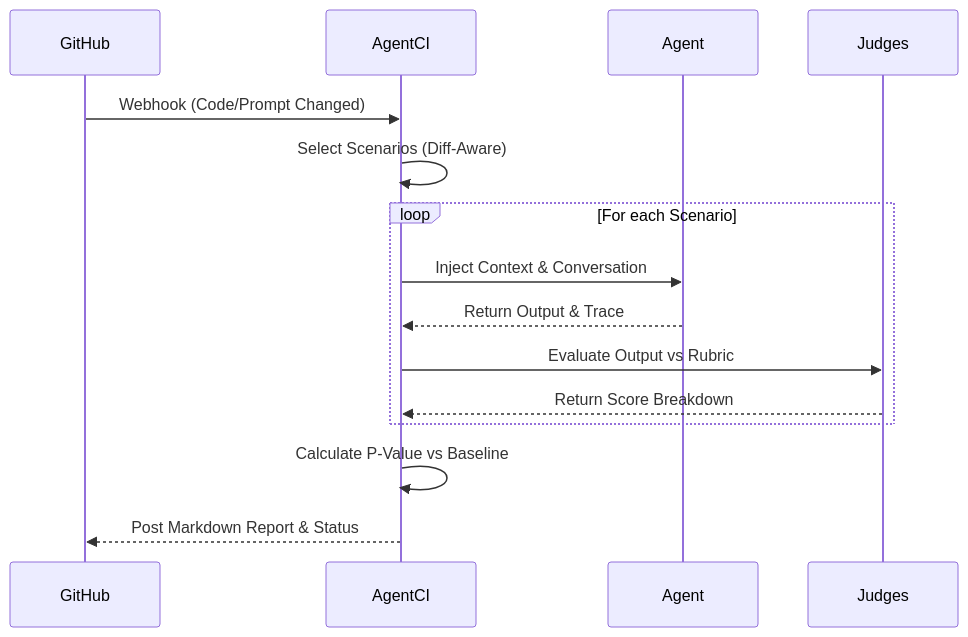
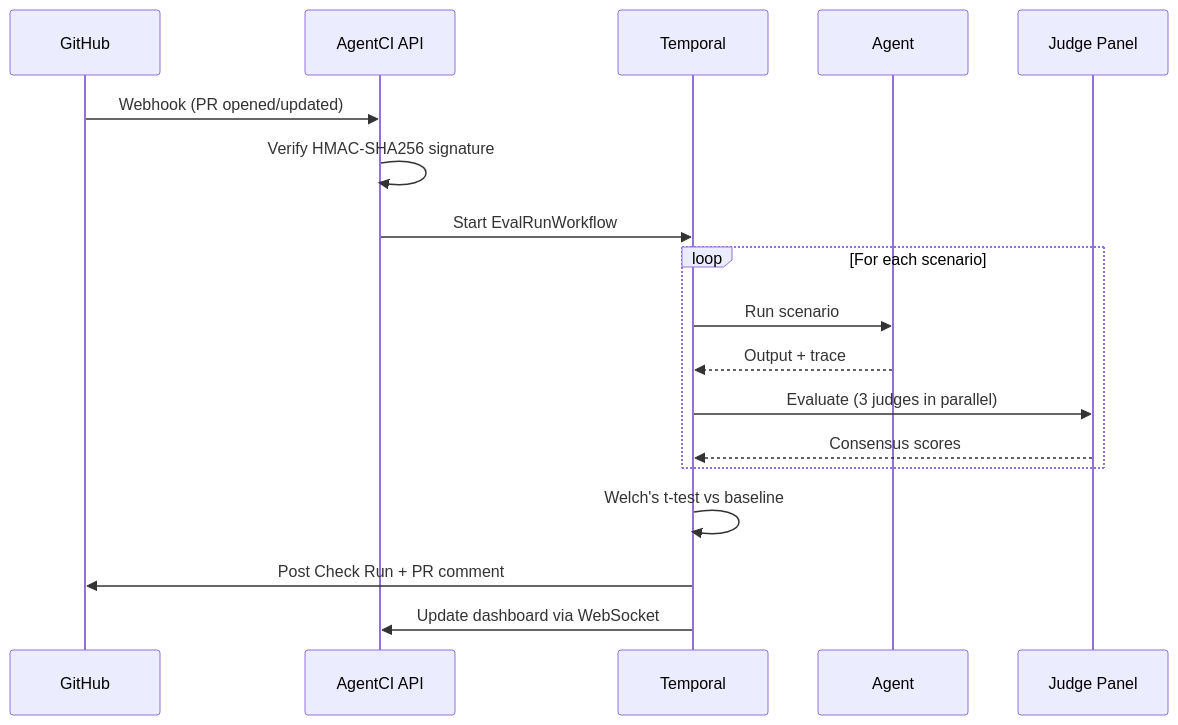
One commit to aaditya8979/AgentCI changed the second of 2 diagrams in README.md. Above: the diagram before and after it, drawn with Mermaid. The commit also changed other lines of this file and 21 other files, not shown here.

````diff
--- a/README.md
+++ b/README.md
@@ -71,18 +147,23 @@
 ```mermaid
 sequenceDiagram
     participant GitHub
-    participant AgentCI
+    participant AgentCI API
+    participant Temporal
     participant Agent
-    participant Judges
-    
-    GitHub->>AgentCI: Webhook (Code/Prompt Changed)
-    AgentCI->>AgentCI: Select Scenarios (Diff-Aware)
-    loop For each Scenario
-        AgentCI->>Agent: Inject Context & Conversation
-        Agent-->>AgentCI: Return Output & Trace
-        AgentCI->>Judges: Evaluate Output vs Rubric
-        Judges-->>AgentCI: Return Score Breakdown
+    participant Judge Panel
+
+    GitHub->>AgentCI API: Webhook (PR opened/updated)
+    AgentCI API->>AgentCI API: Verify HMAC-SHA256 signature
+    AgentCI API->>Temporal: Start EvalRunWorkflow
+
+    loop For each scenario
+        Temporal->>Agent: Run scenario
+        Agent-->>Temporal: Output + trace
+        Temporal->>Judge Panel: Evaluate (3 judges in parallel)
+        Judge Panel-->>Temporal: Consensus scores
     end
-    AgentCI->>AgentCI: Calculate P-Value vs Baseline
-    AgentCI-->>GitHub: Post Markdown Report & Status
+
+    Temporal->>Temporal: Welch's t-test vs baseline
+    Temporal->>GitHub: Post Check Run + PR comment
+    Temporal->>AgentCI API: Update dashboard via WebSocket
 ```
````
